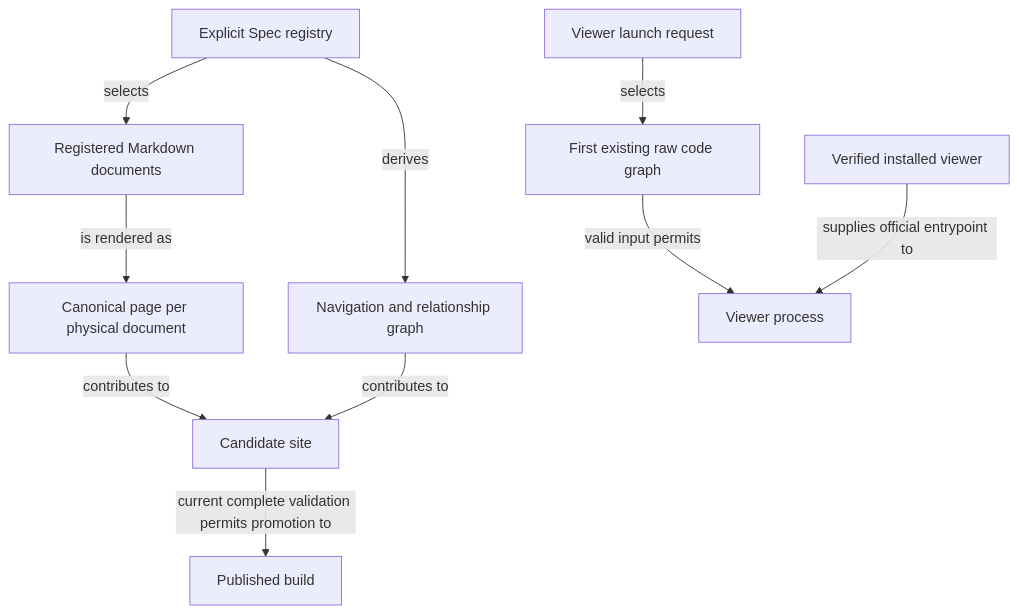
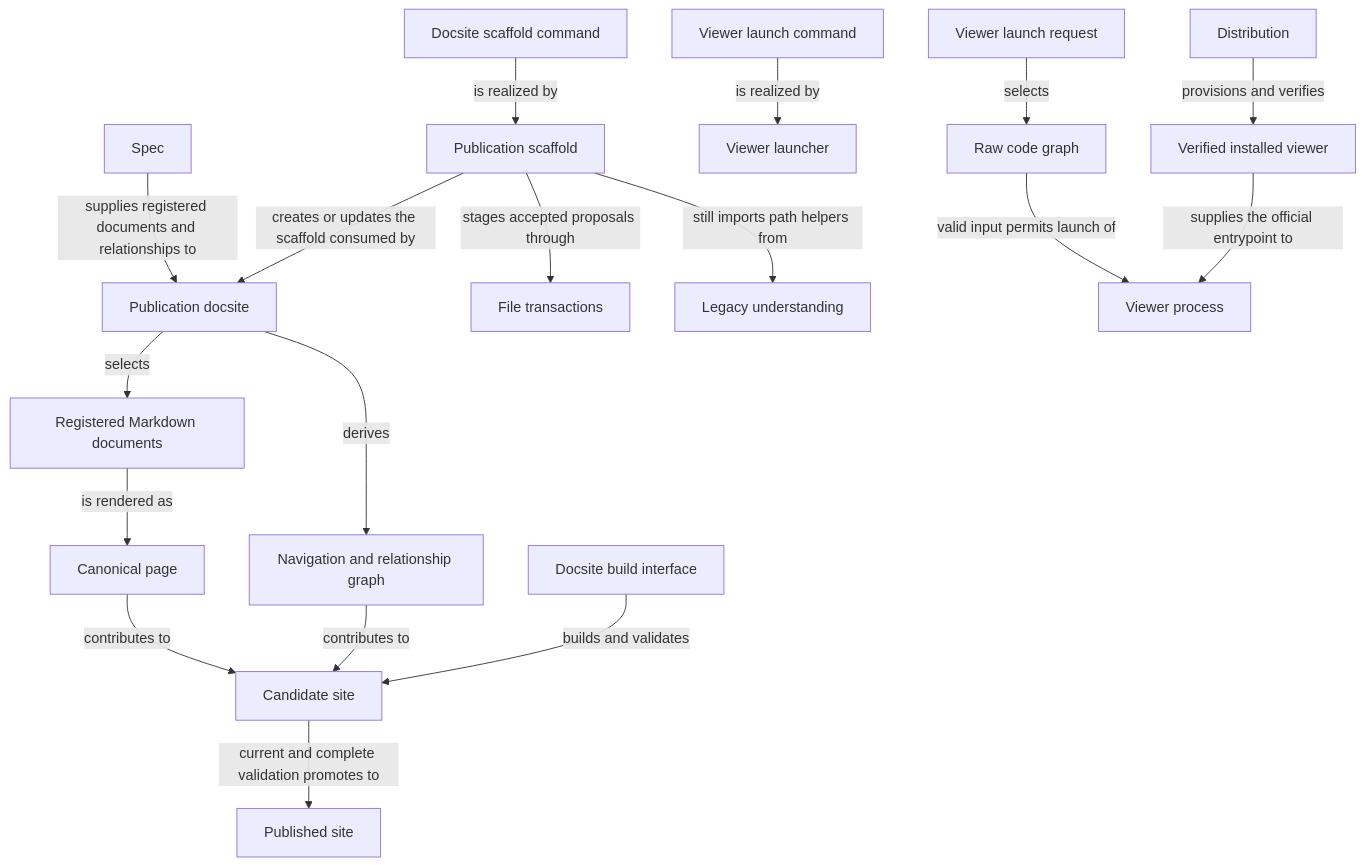
One commit to FTOD/concorde changed the diagram in specs/modules/concorde/views/module.md. Above: the diagram before and after it, drawn with Mermaid. The commit also changed other lines of this file and 166 other files, not shown here.

````diff
--- a/specs/modules/concorde/views/module.md
+++ b/specs/modules/concorde/views/module.md
@@ -25,24 +435,41 @@
 ```mermaid
 flowchart TB
     accTitle: Views entities and relationships
-    accDescr: The explicit registry supplies memberships and relationships. Each physical Markdown document becomes one canonical page with its inline Mermaid diagrams; navigation and the relationship graph derive from the registry. A candidate site is promoted only when complete and current. Separately, a viewer launch selects the first existing raw code graph and runs the verified installed viewer; the graph is an observation from another tool.
-    registry["Explicit Spec registry"]
-    markdown["Registered Markdown documents"]
-    page["Canonical page per physical document"]
+    accDescr: Spec supplies registered documents and relationships to Publication docsite, which selects Registered Markdown documents and derives the Navigation and relationship graph; documents render as Canonical pages that, together with navigation, contribute to a Candidate site. The Docsite build interface builds and validates the candidate, which is promoted to the Published site only when current and complete. The Docsite scaffold command is realized by Publication scaffold, which feeds Publication docsite and still imports path helpers from Legacy understanding, and stages accepted proposals through File transactions. The Viewer launch command is realized by the Viewer launcher. A Viewer launch request selects the Raw code graph, which, together with the Verified installed viewer that Distribution supplies, permits the Viewer process.
+    spec["Spec"]
+    distribution["Distribution"]
+    publicationDocsite["Publication docsite"]
+    publicationScaffold["Publication scaffold"]
+    viewerLauncher["Viewer launcher"]
+    fileTransactions["File transactions"]
+    legacyUnderstanding["Legacy understanding"]
+    docsiteScaffoldCommand["Docsite scaffold command"]
+    docsiteBuildInterface["Docsite build interface"]
+    viewerLaunchCommand["Viewer launch command"]
+    markdownDocuments["Registered Markdown documents"]
+    canonicalPage["Canonical page"]
     navigation["Navigation and relationship graph"]
-    candidate["Candidate site"]
-    published["Published build"]
-    request["Viewer launch request"]
-    codeGraph["First existing raw code graph"]
-    runtime["Verified installed viewer"]
-    process["Viewer process"]
-    registry -->|selects| markdown
-    markdown -->|is rendered as| page
-    registry -->|derives| navigation
-    page -->|contributes to| candidate
-    navigation -->|contributes to| candidate
-    candidate -->|current complete validation permits promotion to| published
-    request -->|selects| codeGraph
-    codeGraph -->|valid input permits| process
-    runtime -->|supplies official entrypoint to| process
+    candidateSite["Candidate site"]
+    publishedSite["Published site"]
+    viewerRequest["Viewer launch request"]
+    codeGraph["Raw code graph"]
+    verifiedViewer["Verified installed viewer"]
+    viewerProcess["Viewer process"]
+    spec -->|supplies registered documents and relationships to| publicationDocsite
+    publicationDocsite -->|selects| markdownDocuments
+    markdownDocuments -->|is rendered as| canonicalPage
+    publicationDocsite -->|derives| navigation
+    canonicalPage -->|contributes to| candidateSite
+    navigation -->|contributes to| candidateSite
+    docsiteBuildInterface -->|builds and validates| candidateSite
+    candidateSite -->|current and complete validation promotes to| publishedSite
+    docsiteScaffoldCommand -->|is realized by| publicationScaffold
+    publicationScaffold -->|creates or updates the scaffold consumed by| publicationDocsite
+    publicationScaffold -->|still imports path helpers from| legacyUnderstanding
+    publicationScaffold -->|stages accepted proposals through| fileTransactions
+    viewerLaunchCommand -->|is realized by| viewerLauncher
+    viewerRequest -->|selects| codeGraph
+    codeGraph -->|valid input permits launch of| viewerProcess
+    verifiedViewer -->|supplies the official entrypoint to| viewerProcess
+    distribution -->|provisions and verifies| verifiedViewer
 ```
````
